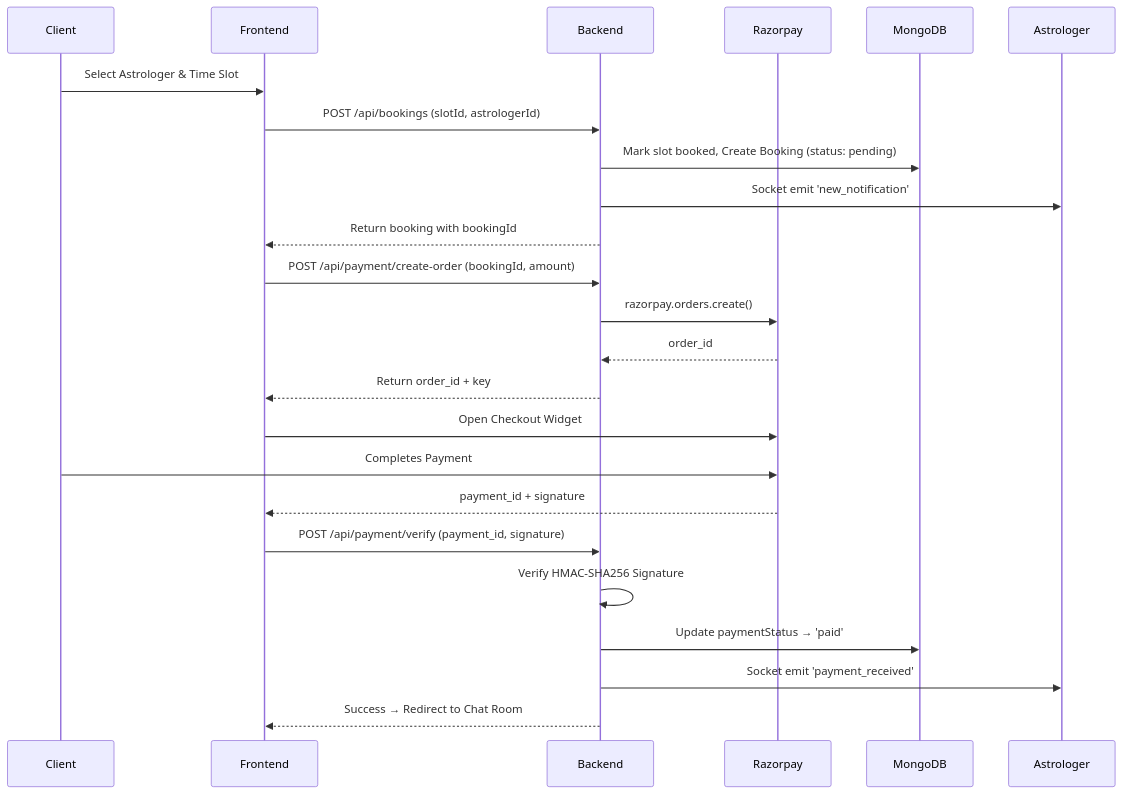
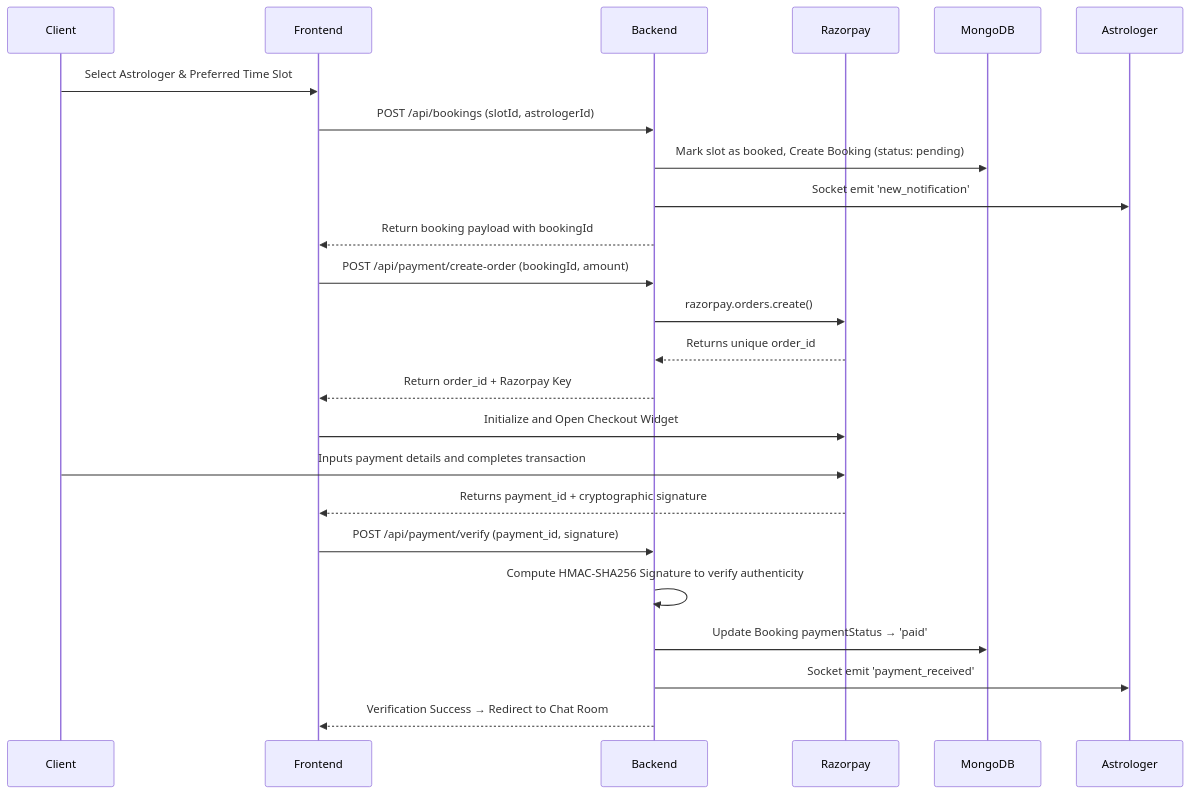
One commit to KISHOR403/ASTROTALK changed the sixth of 7 diagrams in docs/Capstone_Project_Report.md. Above: the diagram before and after it, drawn with Mermaid. The commit also changed other lines of this file, not shown here.

Commit message:
Update Capstone Report: Add academic tone, Tech Stack architecture diagram, and Conclusion

````diff
--- a/docs/Capstone_Project_Report.md
+++ b/docs/Capstone_Project_Report.md
@@ -315,30 +387,30 @@
 ```mermaid
 sequenceDiagram
     participant Client
     participant Frontend
     participant Backend
     participant Razorpay
     participant MongoDB
     participant Astrologer
 
-    Client->>Frontend: Select Astrologer & Time Slot
+    Client->>Frontend: Select Astrologer & Preferred Time Slot
     Frontend->>Backend: POST /api/bookings (slotId, astrologerId)
-    Backend->>MongoDB: Mark slot booked, Create Booking (status: pending)
+    Backend->>MongoDB: Mark slot as booked, Create Booking (status: pending)
     Backend->>Astrologer: Socket emit 'new_notification'
-    Backend-->>Frontend: Return booking with bookingId
+    Backend-->>Frontend: Return booking payload with bookingId
 
     Frontend->>Backend: POST /api/payment/create-order (bookingId, amount)
     Backend->>Razorpay: razorpay.orders.create()
-    Razorpay-->>Backend: order_id
-    Backend-->>Frontend: Return order_id + key
+    Razorpay-->>Backend: Returns unique order_id
+    Backend-->>Frontend: Return order_id + Razorpay Key
 
-    Frontend->>Razorpay: Open Checkout Widget
-    Client->>Razorpay: Completes Payment
-    Razorpay-->>Frontend: payment_id + signature
+    Frontend->>Razorpay: Initialize and Open Checkout Widget
+    Client->>Razorpay: Inputs payment details and completes transaction
+    Razorpay-->>Frontend: Returns payment_id + cryptographic signature
 
     Frontend->>Backend: POST /api/payment/verify (payment_id, signature)
-    Backend->>Backend: Verify HMAC-SHA256 Signature
-    Backend->>MongoDB: Update paymentStatus → 'paid'
+    Backend->>Backend: Compute HMAC-SHA256 Signature to verify authenticity
+    Backend->>MongoDB: Update Booking paymentStatus → 'paid'
     Backend->>Astrologer: Socket emit 'payment_received'
-    Backend-->>Frontend: Success → Redirect to Chat Room
+    Backend-->>Frontend: Verification Success → Redirect to Chat Room
 ```
````
